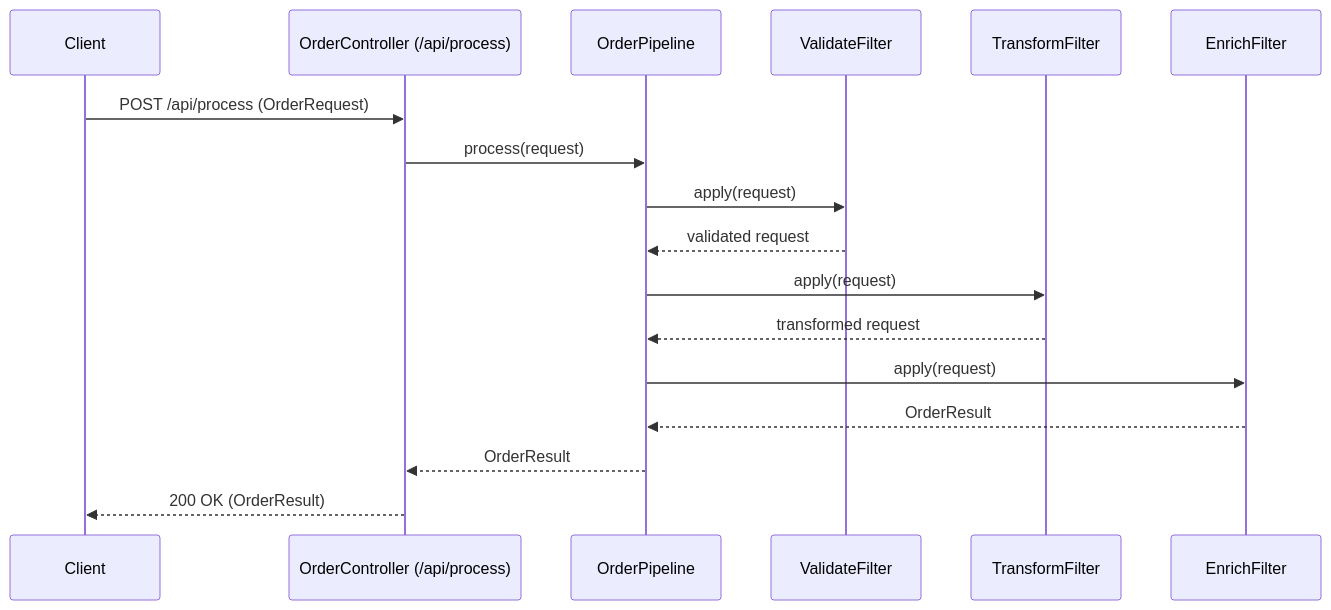
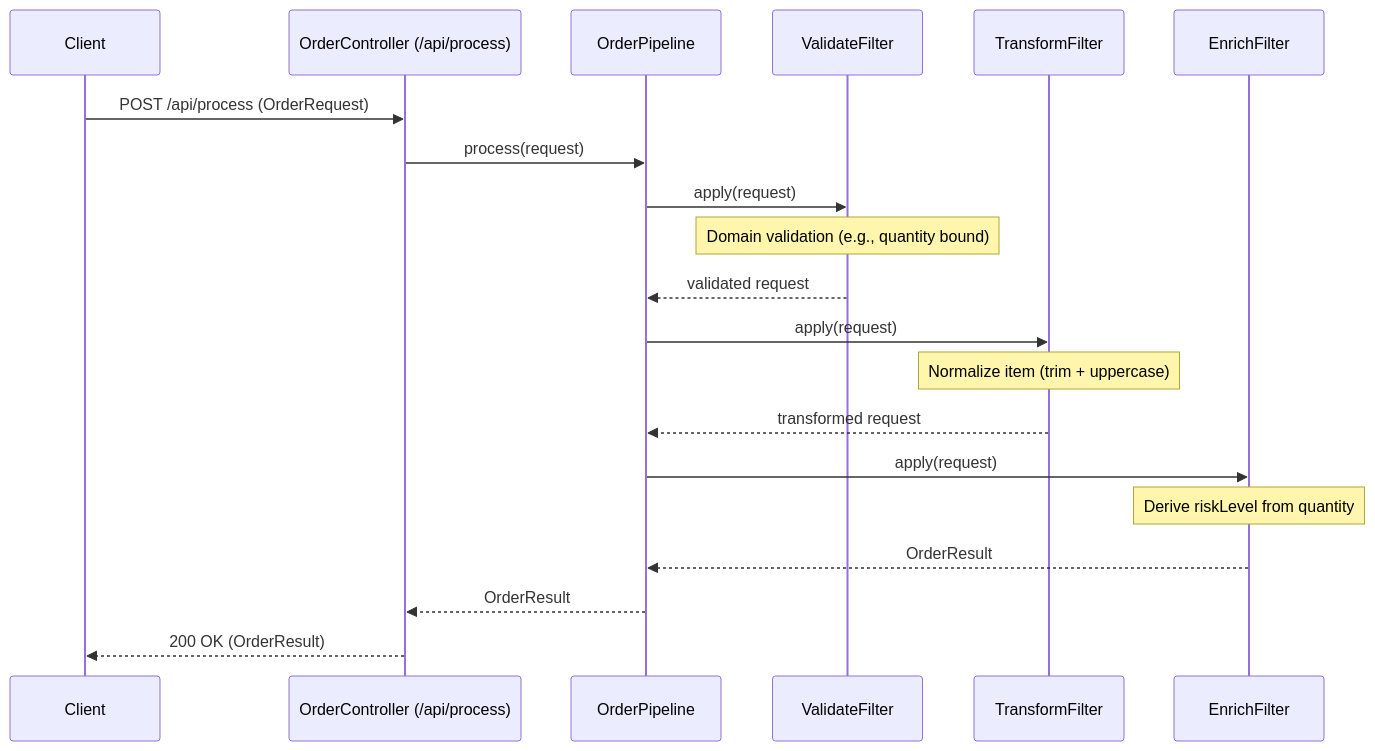
One commit to VivekNagra/sysOLA1EnterpriseIntegration changed the second of 2 diagrams in report/REPORT.md. Above: the diagram before and after it, drawn with Mermaid. The commit also changed other lines of this file and 2 other files, not shown here.

````diff
--- a/report/REPORT.md
+++ b/report/REPORT.md
@@ -44,20 +44,23 @@
 ```mermaid
 sequenceDiagram
   participant C as Client
   participant API as OrderController (/api/process)
   participant P as OrderPipeline
   participant V as ValidateFilter
   participant T as TransformFilter
   participant E as EnrichFilter
 
   C->>API: POST /api/process (OrderRequest)
   API->>P: process(request)
   P->>V: apply(request)
+  Note over V: Domain validation (e.g., quantity bound)
   V-->>P: validated request
   P->>T: apply(request)
+  Note over T: Normalize item (trim + uppercase)
   T-->>P: transformed request
   P->>E: apply(request)
+  Note over E: Derive riskLevel from quantity
   E-->>P: OrderResult
   P-->>API: OrderResult
   API-->>C: 200 OK (OrderResult)
 ```
````
